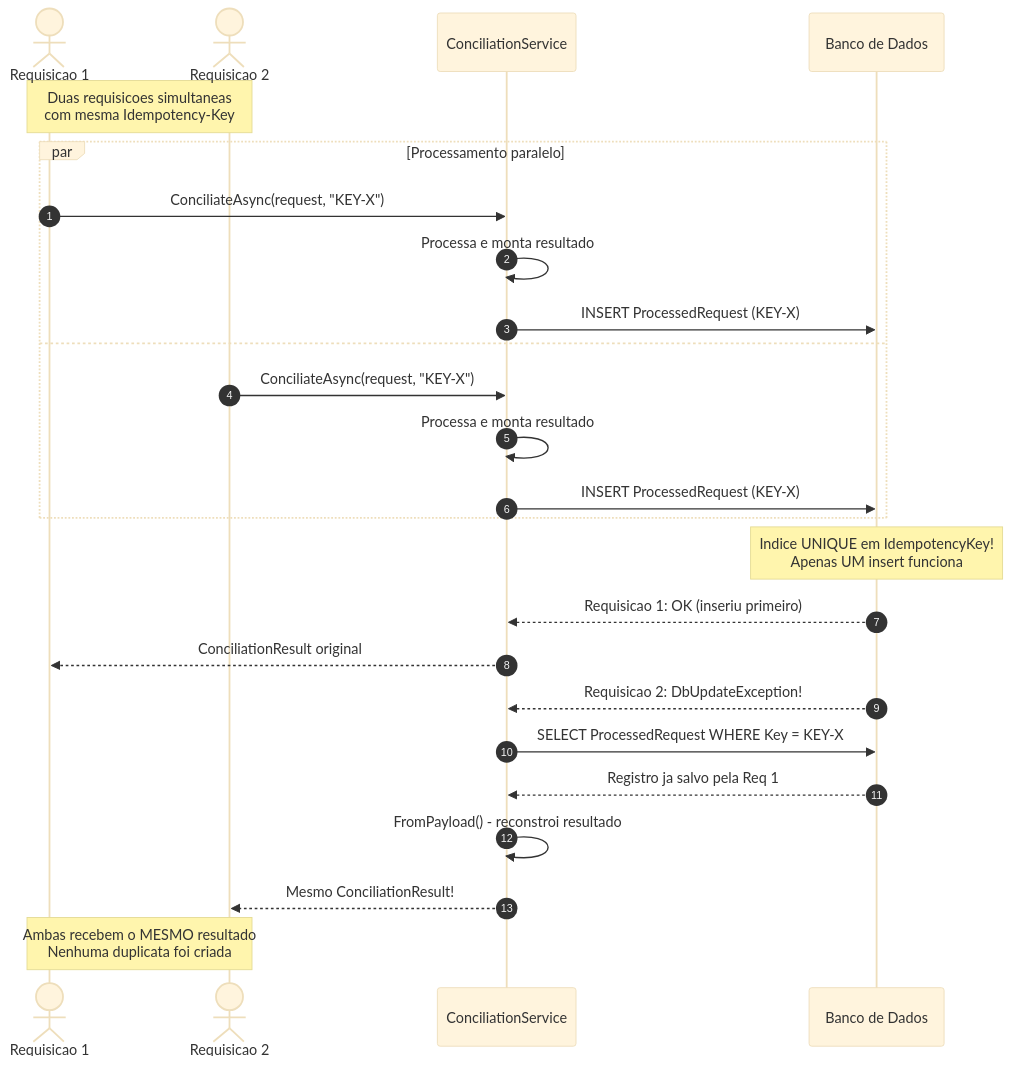
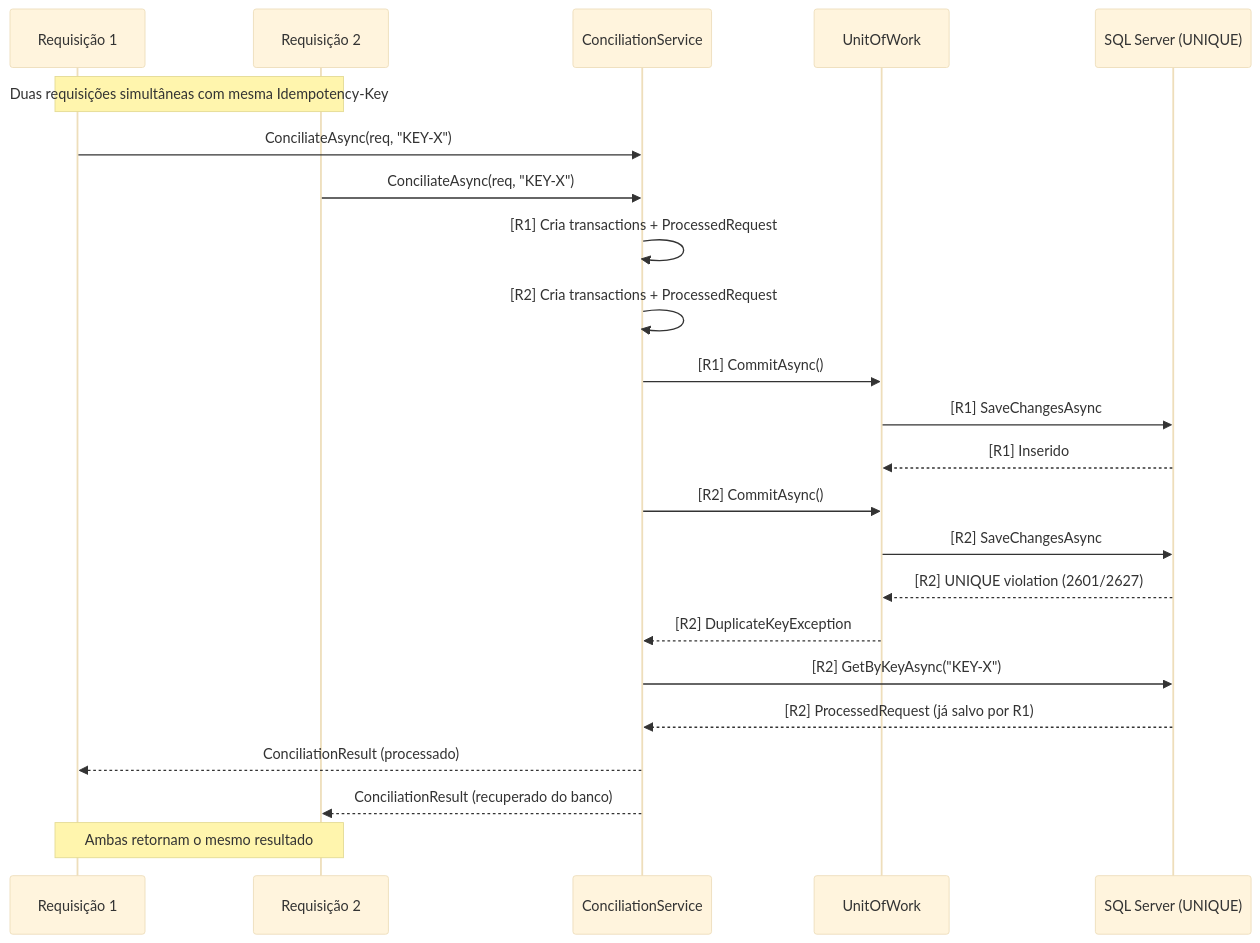
Before and after one commit to awernek/Conciliacao: diagram 12 of 12 in docs/DIAGRAMAS-PROJETO.md, drawn with Mermaid (base theme). The commit also changed other lines of this file and 22 other files, not shown here.

````diff
--- a/docs/DIAGRAMAS-PROJETO.md
+++ b/docs/DIAGRAMAS-PROJETO.md
@@ -511,33 +426,33 @@
 ```mermaid
 sequenceDiagram
-    autonumber
-    actor R1 as Requisicao 1
-    actor R2 as Requisicao 2
+    participant R1 as Requisição 1
+    participant R2 as Requisição 2
     participant S as ConciliationService
-    participant DB as Banco de Dados
+    participant UoW as UnitOfWork
+    participant DB as SQL Server (UNIQUE)
 
-    Note over R1,R2: Duas requisicoes simultaneas<br/>com mesma Idempotency-Key
+    Note over R1,R2: Duas requisições simultâneas com mesma Idempotency-Key
 
-    par Processamento paralelo
-        R1->>S: ConciliateAsync(request, "KEY-X")
-        S->>S: Processa e monta resultado
-        S->>DB: INSERT ProcessedRequest (KEY-X)
-    and
-        R2->>S: ConciliateAsync(request, "KEY-X")
-        S->>S: Processa e monta resultado
-        S->>DB: INSERT ProcessedRequest (KEY-X)
-    end
+    R1->>S: ConciliateAsync(req, "KEY-X")
+    R2->>S: ConciliateAsync(req, "KEY-X")
 
-    Note over DB: Indice UNIQUE em IdempotencyKey!<br/>Apenas UM insert funciona
+    S->>S: [R1] Cria transactions + ProcessedRequest
+    S->>S: [R2] Cria transactions + ProcessedRequest
 
-    DB-->>S: Requisicao 1: OK (inseriu primeiro)
-    S-->>R1: ConciliationResult original
+    S->>UoW: [R1] CommitAsync()
+    UoW->>DB: [R1] SaveChangesAsync
+    DB-->>UoW: [R1]  Inserido
 
-    DB-->>S: Requisicao 2: DbUpdateException!
-    S->>DB: SELECT ProcessedRequest WHERE Key = KEY-X
-    DB-->>S: Registro ja salvo pela Req 1
-    S->>S: FromPayload() - reconstroi resultado
-    S-->>R2: Mesmo ConciliationResult!
+    S->>UoW: [R2] CommitAsync()
+    UoW->>DB: [R2] SaveChangesAsync
+    DB-->>UoW: [R2]  UNIQUE violation (2601/2627)
+    UoW-->>S: [R2] DuplicateKeyException
 
-    Note over R1,R2: Ambas recebem o MESMO resultado<br/>Nenhuma duplicata foi criada
+    S->>DB: [R2] GetByKeyAsync("KEY-X")
+    DB-->>S: [R2] ProcessedRequest (já salvo por R1)
+
+    S-->>R1: ConciliationResult (processado)
+    S-->>R2: ConciliationResult (recuperado do banco)
+
+    Note over R1,R2: Ambas retornam o mesmo resultado 
 ```
````
